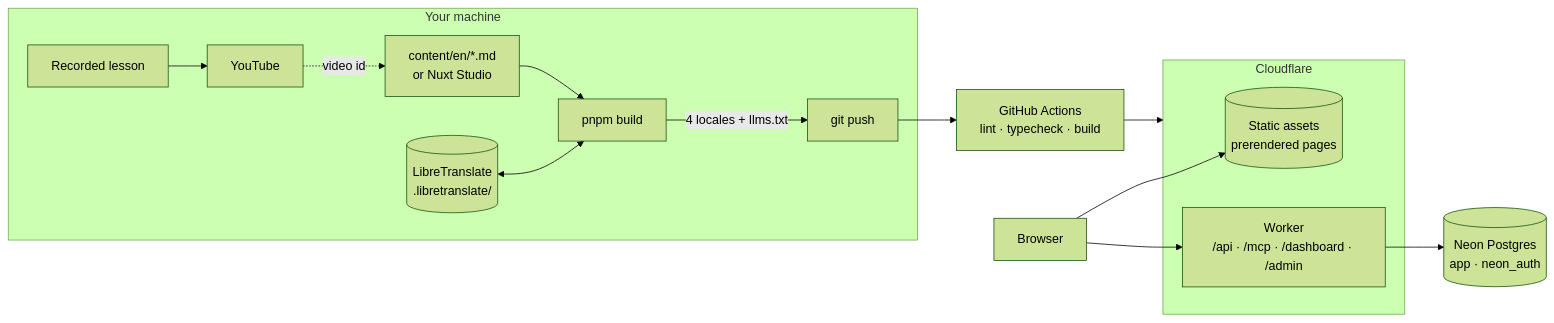
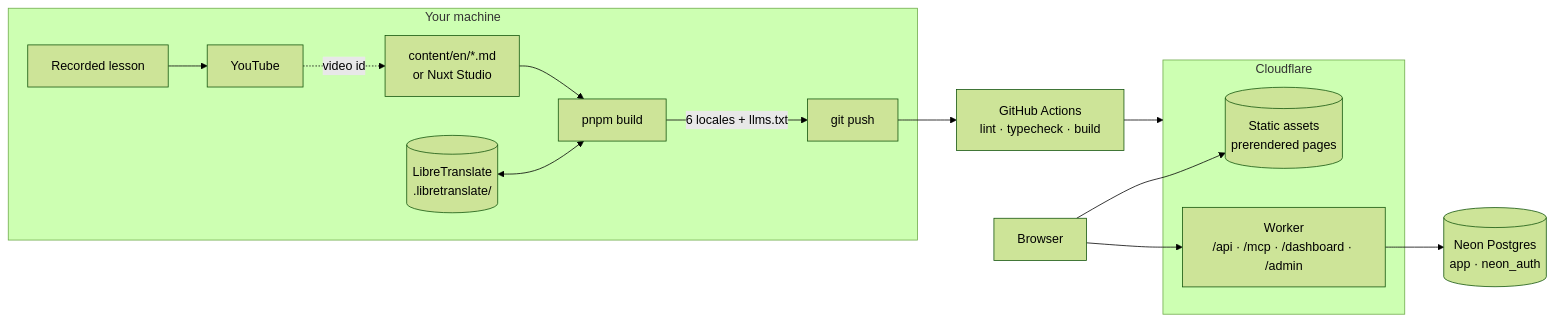
Before and after one commit to imswarnil/CRM-Analytics-Academy: the diagram in README.md, drawn with Mermaid (forest theme). The commit also changed other lines of this file and 349 other files, not shown here.

````diff
--- a/README.md
+++ b/README.md
@@ -125,18 +125,18 @@
 ```mermaid
 flowchart LR
   subgraph Mac[Your machine]
     MD[content/en/*.md<br/>or Nuxt Studio] --> B[pnpm build]
     LT[(LibreTranslate<br/>.libretranslate/)] <--> B
-    B -->|4 locales + llms.txt| G[git push]
+    B -->|6 locales + llms.txt| G[git push]
     REC[Recorded lesson] --> YT[YouTube] -.video id.-> MD
   end
   G --> CI[GitHub Actions<br/>lint · typecheck · build]
   CI --> CF
   subgraph CF[Cloudflare]
     A[(Static assets<br/>prerendered pages)]
     W[Worker<br/>/api · /mcp · /dashboard · /admin]
   end
   W --> NEON[(Neon Postgres<br/>app · neon_auth)]
   Browser --> A
   Browser --> W
 ```
````
